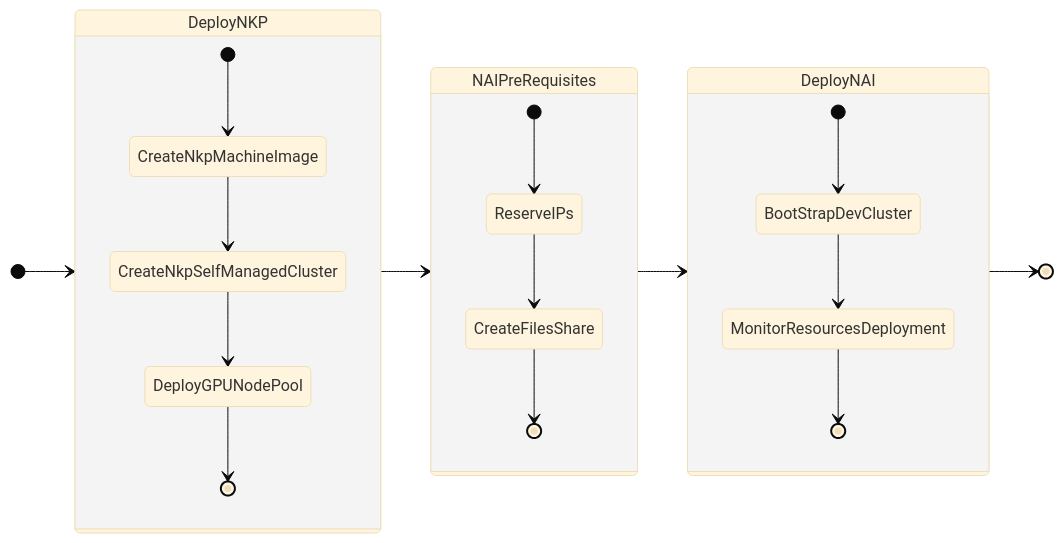
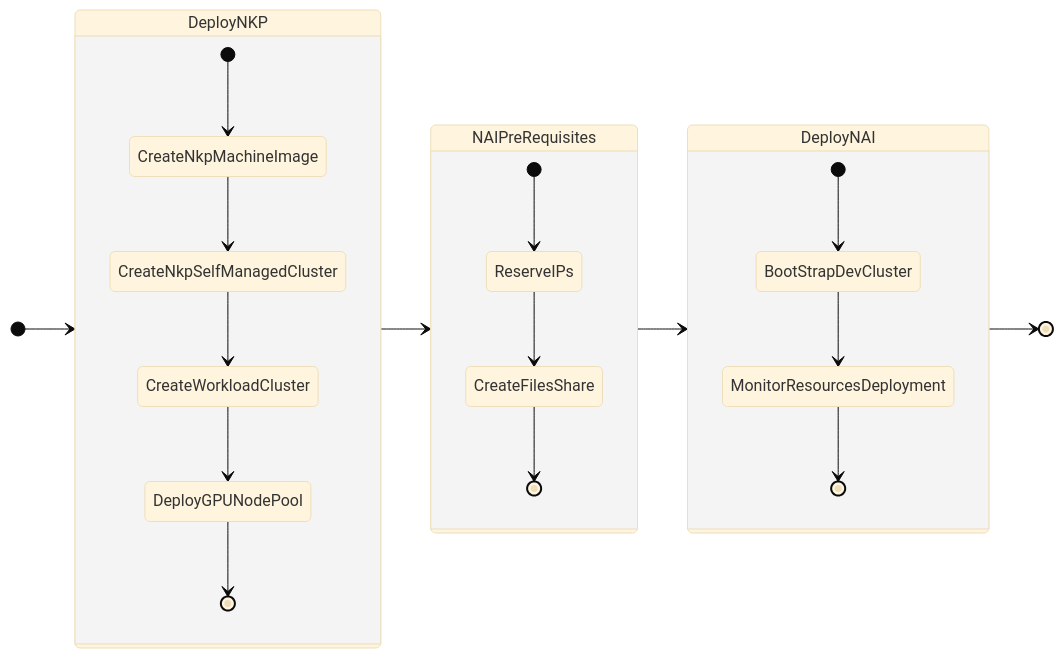
The diagram in docs/nkp_catalog_nai/index.md (nutanix-japan/nai-llm), drawn with Mermaid (base theme) before and after one commit. The commit also changed other lines of this file and 7 other files, not shown here.

````diff
--- a/docs/nkp_catalog_nai/index.md
+++ b/docs/nkp_catalog_nai/index.md
@@ -28,28 +23,29 @@
 ```mermaid
 stateDiagram-v2
     direction LR
 
     state DeployNKP {
         [*] --> CreateNkpMachineImage
         CreateNkpMachineImage --> CreateNkpSelfManagedCluster
-        CreateNkpSelfManagedCluster --> DeployGPUNodePool
+        CreateNkpSelfManagedCluster --> CreateWorkloadCluster
+        CreateWorkloadCluster --> DeployGPUNodePool
         DeployGPUNodePool --> [*]
     }
     
     state NAIPreRequisites {
         [*] --> ReserveIPs
         ReserveIPs --> CreateFilesShare
         CreateFilesShare --> [*]
     }
     
     state DeployNAI {
         [*] --> BootStrapDevCluster
         BootStrapDevCluster --> MonitorResourcesDeployment
         MonitorResourcesDeployment --> [*]
     }
 
     [*] --> DeployNKP
     DeployNKP --> NAIPreRequisites
     NAIPreRequisites --> DeployNAI
     DeployNAI --> [*]
 ```
````
